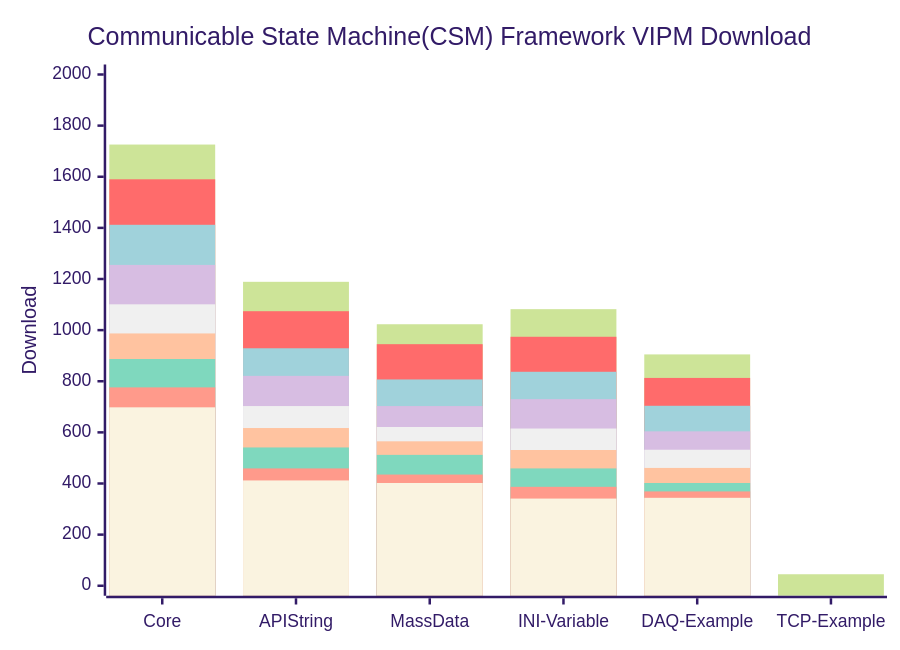
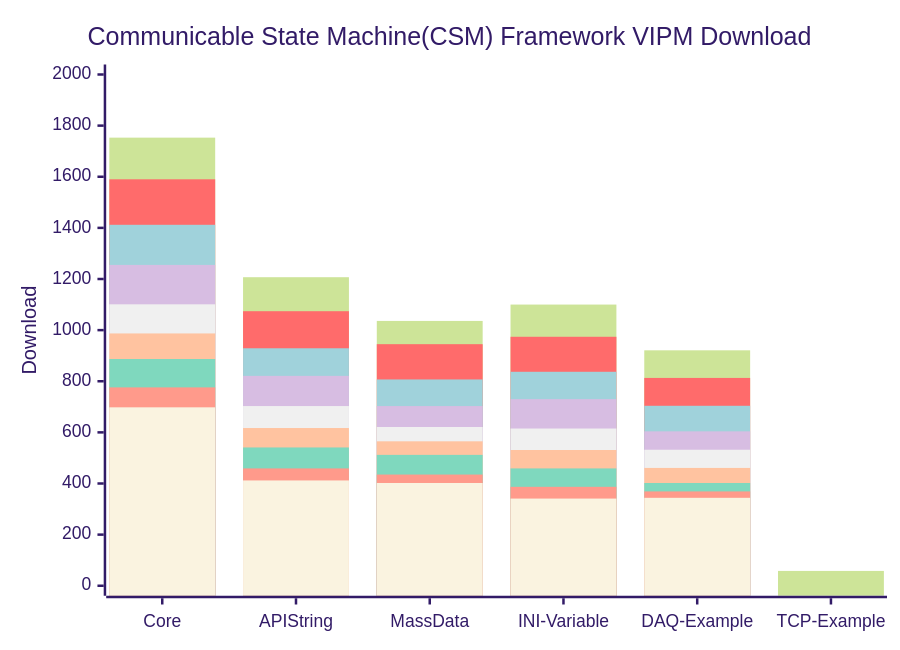
One commit to NEVSTOP-LAB/.github changed the diagram in profile/README.md. Above: the diagram before and after it, drawn with Mermaid (forest theme).

````diff
--- a/profile/README.md
+++ b/profile/README.md
@@ -31,15 +31,15 @@
 ```mermaid
     xychart-beta
     title "Communicable State Machine(CSM) Framework VIPM Download"
     x-axis [Core, API String, MassData, INI-Variable, DAQ-Example, TCP-Example]
     y-axis "Download" 0 --> 2000
-    bar   [1726, 1189, 1023, 1082, 905, 45]
+    bar   [1753, 1207, 1036, 1100, 921, 58]
     bar   [1590, 1074, 945, 974, 813]
     bar   [1412, 929, 807, 837, 704]
     bar   [1255, 821, 703, 730, 604]
     bar   [1101, 703, 621, 615, 532]
     bar   [987, 617, 565, 531, 461]
     bar   [887, 541, 512, 459, 402]
     bar   [776, 459, 435, 387, 369]
     bar   [698, 412, 402, 341, 344]
 ```
````
